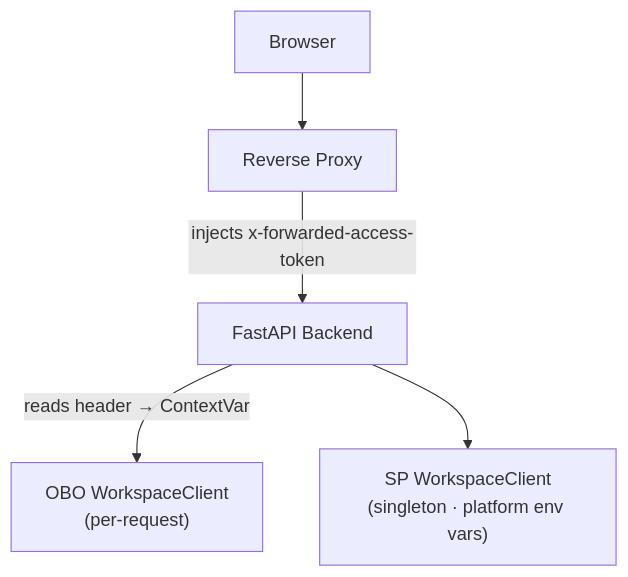
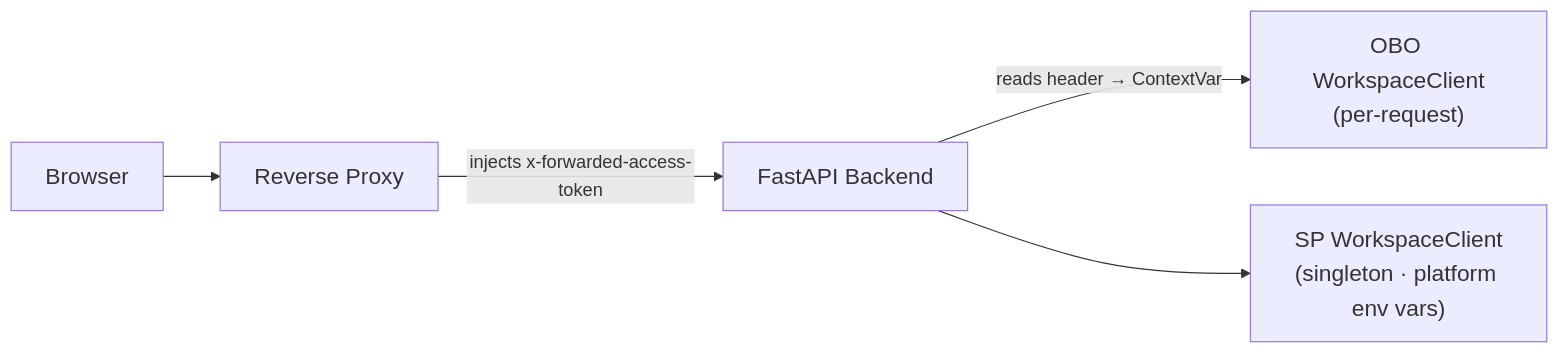
The first of 2 diagrams in docs/site/docs/platform/authentication.md (adgitdemo/databricks-genie-workbench), drawn with Mermaid before and after one commit. The commit also changed other lines of this file and 8 other files, not shown here.

First line of the commit message:
docs(site): expand Auto-Optimize docs, document the docs site, and enhance diagrams

````diff
--- a/docs/site/docs/platform/authentication.md
+++ b/docs/site/docs/platform/authentication.md
@@ -12,7 +12,9 @@
 ```mermaid
-flowchart TB
+flowchart LR
     browser["Browser"] --> proxy["Reverse Proxy"]
     proxy -->|"injects x-forwarded-access-token"| backend["FastAPI Backend"]
     backend -->|"reads header → ContextVar"| obo["OBO WorkspaceClient<br/>(per-request)"]
     backend --> sp["SP WorkspaceClient<br/>(singleton · platform env vars)"]
+    classDef box font-size:20px;
+    class browser,proxy,backend,obo,sp box;
 ```
````
